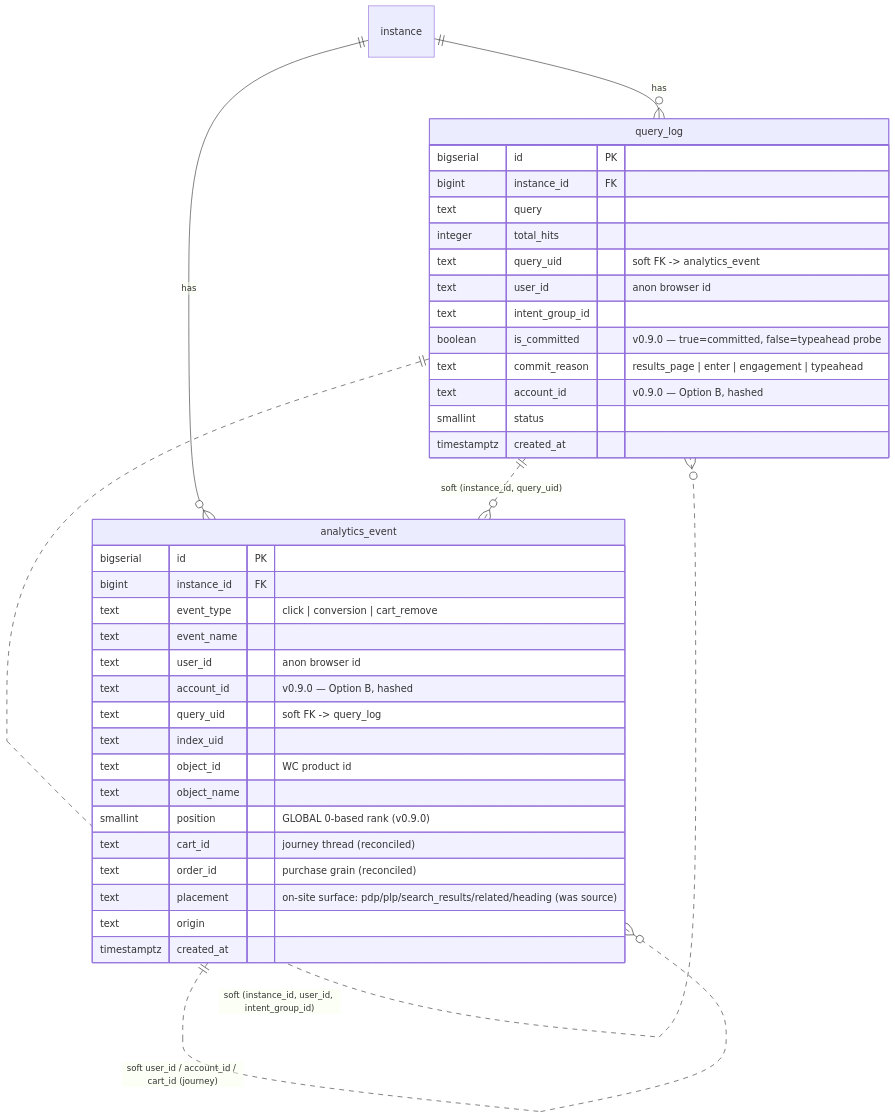
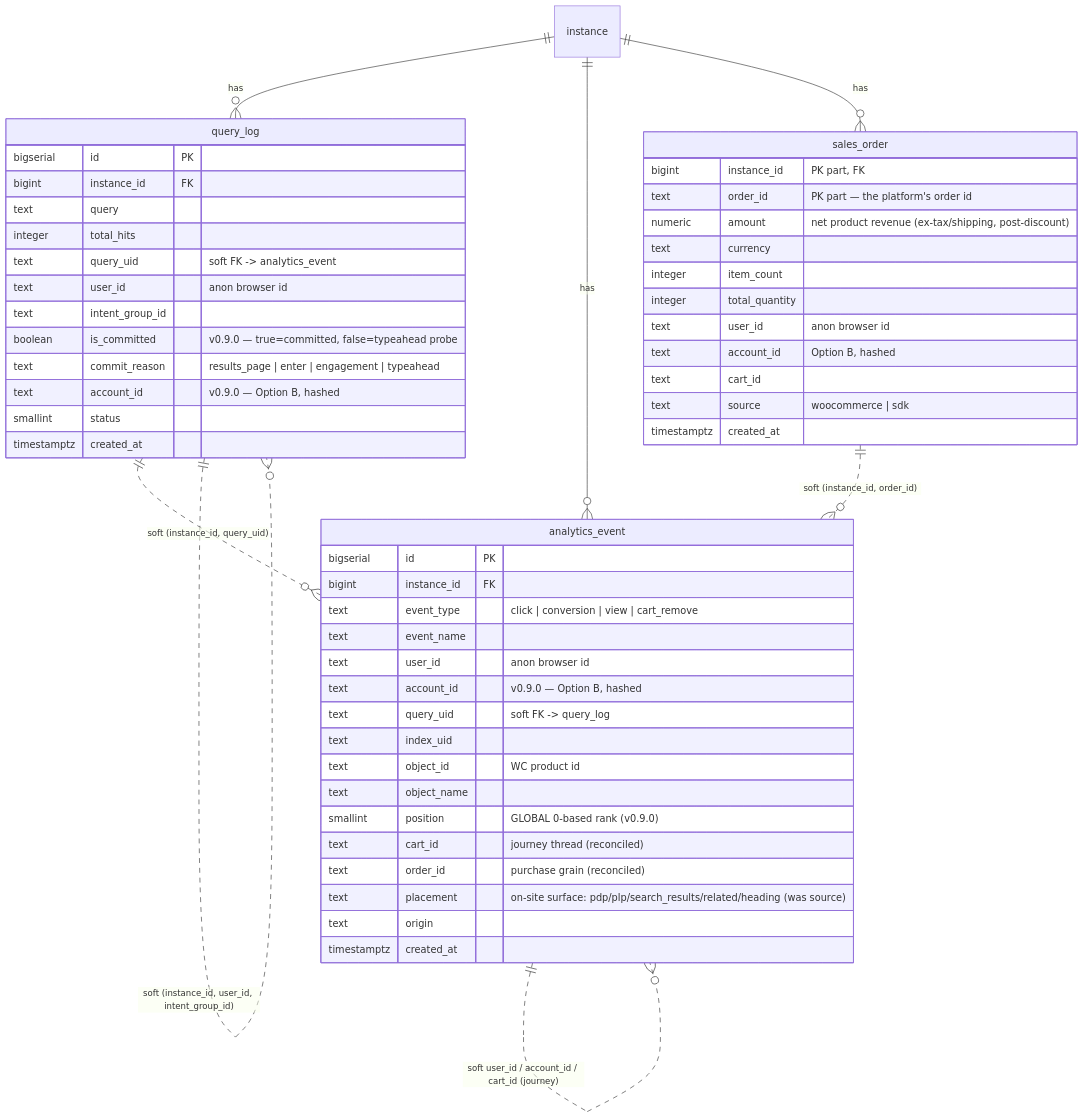
The second of 2 diagrams in docs/design/event-tracking.md (grolabsai/grolabs-app), drawn with Mermaid before and after one commit. The commit also changed other lines of this file and 4 other files, not shown here.

````diff
--- a/docs/design/event-tracking.md
+++ b/docs/design/event-tracking.md
@@ -166,41 +168,56 @@
 ```mermaid
 erDiagram
   instance ||--o{ query_log : has
   instance ||--o{ analytics_event : has
+  instance ||--o{ sales_order : has
   query_log ||..o{ analytics_event : "soft (instance_id, query_uid)"
   analytics_event ||..o{ analytics_event : "soft user_id / account_id / cart_id (journey)"
   query_log ||..o{ query_log : "soft (instance_id, user_id, intent_group_id)"
+  sales_order ||..o{ analytics_event : "soft (instance_id, order_id)"
 
+  sales_order {
+    bigint instance_id "PK part, FK"
+    text order_id "PK part — the platform's order id"
+    numeric amount "net product revenue (ex-tax/shipping, post-discount)"
+    text currency
+    integer item_count
+    integer total_quantity
+    text user_id "anon browser id"
+    text account_id "Option B, hashed"
+    text cart_id
+    text source "woocommerce | sdk"
+    timestamptz created_at
+  }
   query_log {
     bigserial id PK
     bigint instance_id FK
     text query
     integer total_hits
     text query_uid "soft FK -> analytics_event"
     text user_id "anon browser id"
     text intent_group_id
     boolean is_committed "v0.9.0 — true=committed, false=typeahead probe"
     text commit_reason "results_page | enter | engagement | typeahead"
     text account_id "v0.9.0 — Option B, hashed"
     smallint status
     timestamptz created_at
   }
   analytics_event {
     bigserial id PK
     bigint instance_id FK
-    text event_type "click | conversion | cart_remove"
+    text event_type "click | conversion | view | cart_remove"
     text event_name
     text user_id "anon browser id"
     text account_id "v0.9.0 — Option B, hashed"
     text query_uid "soft FK -> query_log"
     text index_uid
     text object_id "WC product id"
     text object_name
     smallint position "GLOBAL 0-based rank (v0.9.0)"
     text cart_id "journey thread (reconciled)"
     text order_id "purchase grain (reconciled)"
     text placement "on-site surface: pdp/plp/search_results/related/heading (was source)"
     text origin
     timestamptz created_at
   }
 ```
````
